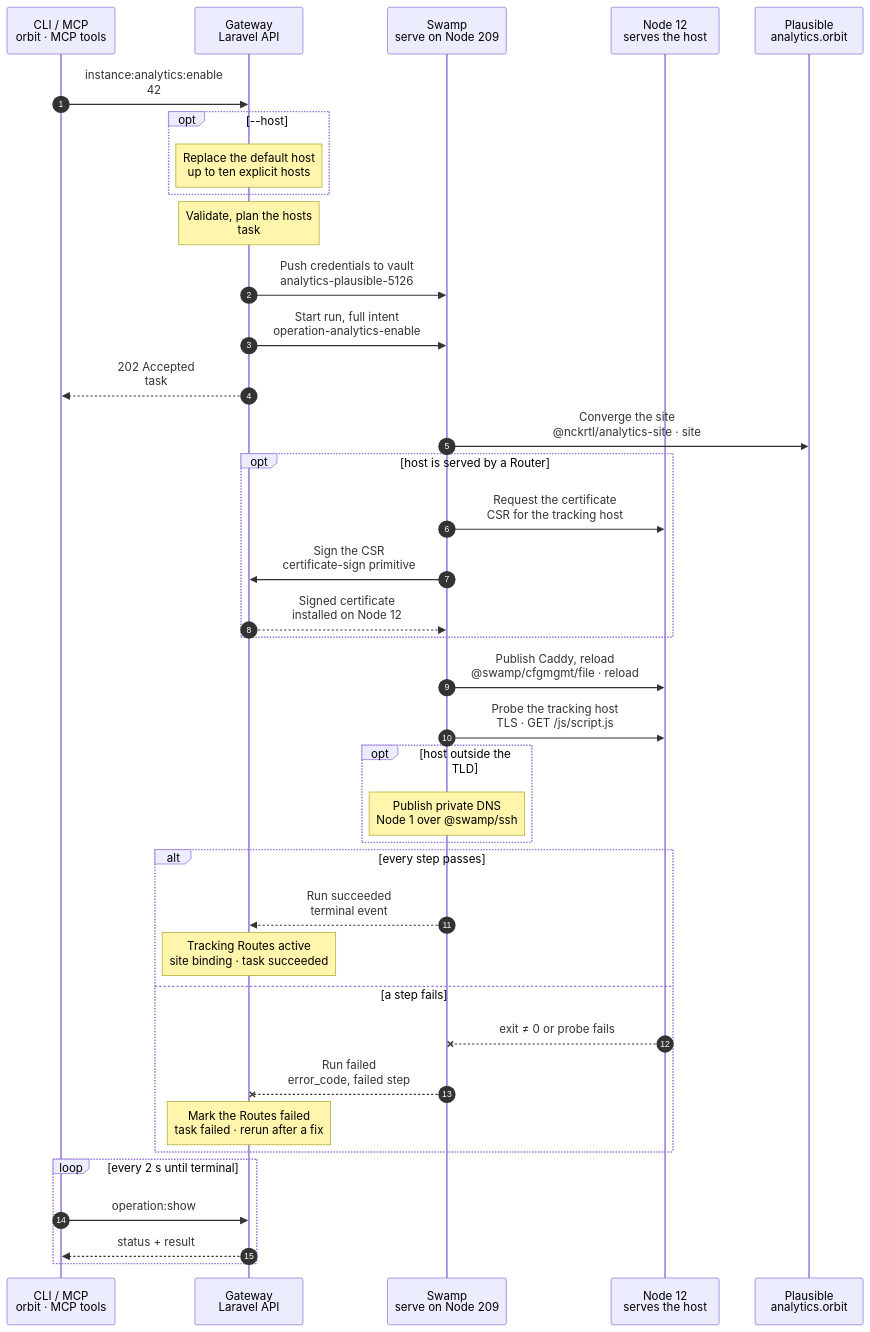
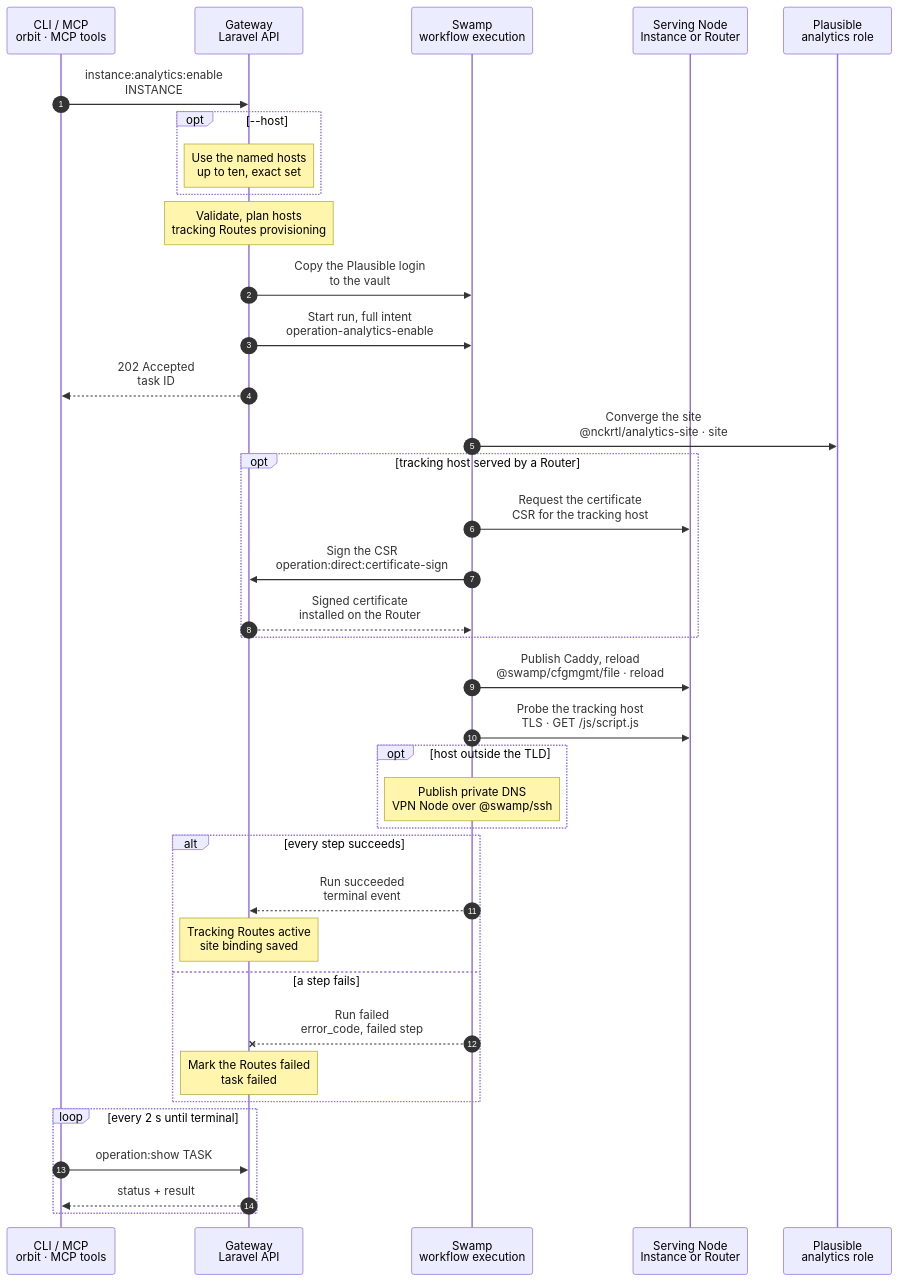
The diagram in docs/cli/instance/analytics-enable.mmd (hardimpactdev/orbit), drawn with Mermaid before and after one commit. The commit also changed 2 other files, not shown here.

Commit message:
docs(instance): instance:analytics:enable is ready (chart, page, cases)

```diff
--- a/docs/cli/instance/analytics-enable.mmd
+++ b/docs/cli/instance/analytics-enable.mmd
@@ -1,135 +1,62 @@
 sequenceDiagram
-  %% Target design: ADR 0244 task, Recall analytics-plausible-via-swamp, DECISIONS 1 (cert signing), R2-R4. docs/reference/analytics.md.
-  %% Tightened: flow-tighten 2026-11-02, rules 3, 22 (DNS only outside the TLD; cfgmgmt file for the Caddy sections).
-  %% status: draft
+  %% Target design: ADR 0244 task, one Swamp run, certificate signing is the one step-to-Gateway call. docs/reference/analytics.md#publish-a-tracking-host.
+  %% status: reviewed
   %% command: instance:analytics:enable
   %% kind: analytics.enable
   autonumber
   %% lane CLI icon=terminal pill=caller tone=gray
   %% lane GW icon=gateway pill=intent tone=blue
   %% lane SW icon=workflow pill=executes tone=green
   %% lane N icon=server pill=target tone=amber
   %% lane P icon=server pill=target tone=purple
   participant CLI as CLI / MCP<br/>orbit · MCP tools
   participant GW as Gateway<br/>Laravel API
-  participant SW as Swamp<br/>serve on Node 209
-  participant N as Node 12<br/>serves the host
-  participant P as Plausible<br/>analytics.orbit
-  CLI->>GW: instance:analytics:enable<br/>42
-  %%> Command:
-  %%> - `orbit instance:analytics:enable 42`
-  %%> - syntax: `<instance> [--host=HOST]... [--json]`
-  %%> Input:
-  %%> - the Instance ID
-  %%> - up to ten tracking hosts; without `--host`, `analytics.<instance domain>`
-  %%> What it does:
-  %%> - creates or updates the Instance's Plausible site, and publishes the tracking hosts
-  %%> - sets the exact host set: hosts you leave out are removed
+  participant SW as Swamp<br/>workflow execution
+  participant N as Serving Node<br/>Instance or Router
+  participant P as Plausible<br/>analytics role
+  CLI->>GW: instance:analytics:enable<br/>INSTANCE
   opt --host
-    Note over GW: Replace the default host<br/>up to ten explicit hosts
-    %%> What it changes:
-    %%> - uses the supplied exact host set instead of `analytics.<instance domain>`
-    %%> - removes existing tracking hosts omitted from that set
+    Note over GW: Use the named hosts<br/>up to ten, exact set
   end
-  Note over GW: Validate, plan the hosts<br/>task #5126 · Instance lock
-  %%> Requirements:
-  %%> - your Node has an access grant to Node 12
-  %%> - a Node has the active `analytics` role (`analytics.role_missing`)
-  %%> - Instance 42 serves a domain (`analytics.domain_required`)
-  %%> - no other Route owns a named host (`analytics.host_taken`)
-  %%> - no other analytics or Route change runs for Instance 42; the Gateway holds one lock
-  %%> Builds:
-  %%> - the site domain (the Instance's own domain), timezone and goals
-  %%> - each host's tracking Route, copying the Node, Cluster and publication of the Instance's Route
-  %%> - the Caddy sites, certificate requests and before state
-  %%> Result:
-  %%> - tracking Routes recorded as provisioning; task #5126 recorded with the full intent
-  GW->>SW: Push credentials to vault<br/>analytics-plausible-5126
-  %%> What it does:
-  %%> - writes the Plausible login to the Swamp vault after commit (R3)
+  Note over GW: Validate, plan hosts<br/>tracking Routes provisioning
+  GW->>SW: Copy the Plausible login<br/>to the vault
   %%> Why:
-  %%> - the workflow gets only the vault key name, never the value
+  %%> - the run gets the vault key name, never the credentials; a missing login stops the command before any task starts
   GW->>SW: Start run, full intent<br/>operation-analytics-enable
-  %%> What it does:
-  %%> - starts one Swamp run on serve (Node 209)
-  %%> Inputs:
-  %%> - the site, goals, hosts, Caddy sites and certificate requests
-  %%> - Node 12's address and SSH host keys; the SSH identity comes from the `swamp` role
-  GW-->>CLI: 202 Accepted<br/>task #5126
-  %%> What you get:
-  %%> - the task number, at once
-  %%> Next:
-  %%> - the CLI follows the task with `operation:show`
+  GW-->>CLI: 202 Accepted<br/>task ID
   SW->>P: Converge the site<br/>@nckrtl/analytics-site · site
-  %%> How:
-  %%> - the behavior on Node 209 logs in at `https://analytics.orbit` over HTTP with the vault credentials
-  %%> What it does:
-  %%> - creates the site when it is missing, or updates it; never a duplicate
-  %%> - sets the timezone and the requested goals, checks them, and logs out, also after a failure
-  %%> Never:
-  %%> - session cookies or tokens in outputs or files
-  opt host is served by a Router
+  %%> Why:
+  %%> - creates the site when it is missing and updates it otherwise, never a duplicate; it sets the timezone and goals and logs out, also after a failure
+  opt tracking host served by a Router
     SW->>N: Request the certificate<br/>CSR for the tracking host
-    %%> When:
-    %%> - only when Instance 42's Route is Cluster-scoped; then Node 12 is the Router
-    %%> What it does:
-    %%> - makes a key and a CSR on Node 12; the private key never leaves it
-    %%> - public Ingress uses its own automatic public certificates
-    SW->>GW: Sign the CSR<br/>certificate-sign primitive
+    SW->>GW: Sign the CSR<br/>operation:direct:certificate-sign
     %%> Why a call to the Gateway:
-    %%> - certificate signing is the one allowed step→Gateway call; the Orbit CA stays in the Gateway
-    GW-->>SW: Signed certificate<br/>installed on Node 12
-    %%> Returns:
-    %%> - the signed certificate; Swamp installs it on Node 12
+    %%> - certificate signing is the one allowed step-to-Gateway call; the Orbit CA stays in the Gateway
+    GW-->>SW: Signed certificate<br/>installed on the Router
   end
   SW->>N: Publish Caddy, reload<br/>@swamp/cfgmgmt/file · reload
-  %%> How:
-  %%> - `@swamp/cfgmgmt/file` writes the tracking sections, which serve only `/js/*` and `/api/event`
-  %%> What it does:
-  %%> - adds a site per host that proxies only Plausible's script and event paths over WireGuard; every other path answers 404
-  %%> - removes sites of hosts you left out; validates, then reloads Caddy without a restart
+  %%> Why one step:
+  %%> - sites of hosts you left out go in the same validated reload
   SW->>N: Probe the tracking host<br/>TLS · GET /js/script.js
-  %%> What it does:
-  %%> - checks the host answers with a valid certificate and serves the script
   opt host outside the TLD
-    Note over SW: Publish private DNS<br/>Node 1 over @swamp/ssh
-    %%> When:
-    %%> - only for a tracking host outside the Cluster or Node TLD; private DNS answers the whole TLD, so a host inside it needs no record
-    %%> What it does:
-    %%> - publishes the hosts' private DNS records, waits the 31-second grace, then withdraws old placements
-    %%> Not included:
-    %%> - the public CNAME; `instance:analytics:show` names the record to create
-    %%> How:
-    %%> - over SSH from 209 to the VPN Node (Node 1), with the `swamp` role's key
+    Note over SW: Publish private DNS<br/>VPN Node over @swamp/ssh
+    %%> Why only outside the TLD:
+    %%> - private DNS answers the whole TLD, so a host inside it needs no record
   end
-  alt every step passes
+  alt every step succeeds
     SW-->>GW: Run succeeded<br/>terminal event
-    %%> How the Gateway learns it:
-    %%> - its shared run reader sees the terminal event; Swamp never calls the Gateway
-    Note over GW: Tracking Routes active<br/>site binding · task succeeded
+    Note over GW: Tracking Routes active<br/>site binding saved
     %%> Result:
-    %%> - the tracking Routes become active; removed hosts' Routes are deleted
-    %%> - the Plausible site binding is saved; task #5126 succeeds
+    %%> - removed hosts' Routes are deleted
   else a step fails
-    N--xSW: exit ≠ 0 or probe fails
-    %%> When:
-    %%> - the Plausible call, a certificate, Caddy or the probe fails
     SW--xGW: Run failed<br/>error_code, failed step
-    %%> The Gateway reads:
-    %%> - which step failed and its public error code; never a Plausible response body
-    Note over GW: Mark the Routes failed<br/>task failed · rerun after a fix
-    %%> Result:
-    %%> - the tracking Routes stay, marked failed; task #5126 fails
-    %%> On the Node:
-    %%> - a Plausible site already created stays; a rerun finds and reuses it
+    Note over GW: Mark the Routes failed<br/>task failed
+    %%> On the Nodes:
+    %%> - finished steps stay; a Plausible site already created stays and a rerun reuses it; there is no rollback
     %%> Retry:
     %%> - run the same command again; it converges the same site and hosts
   end
   loop every 2 s until terminal
-    CLI->>GW: operation:show #5126
-    %%> What it does:
-    %%> - asks for the task's status every 2 seconds until it has ended
+    CLI->>GW: operation:show TASK
     GW-->>CLI: status + result
-    %%> Returns:
-    %%> - the current status, and the result once the task has ended
   end
```
